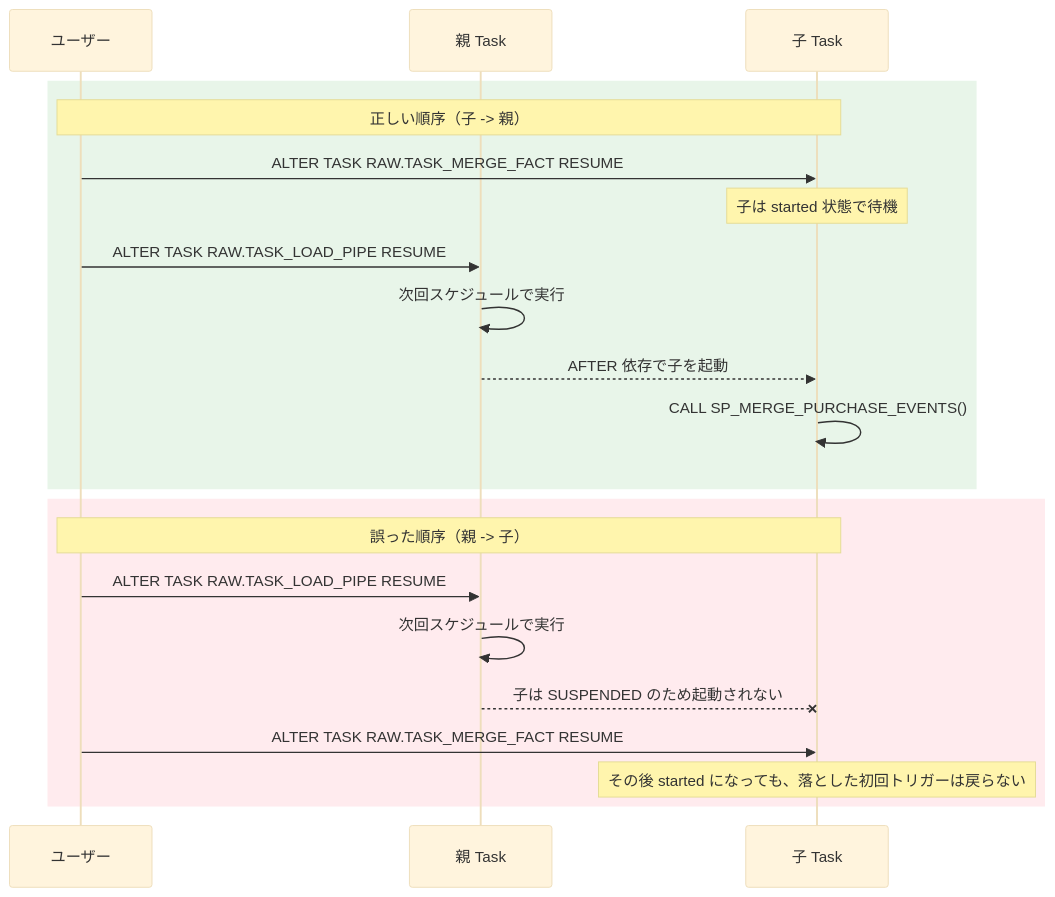
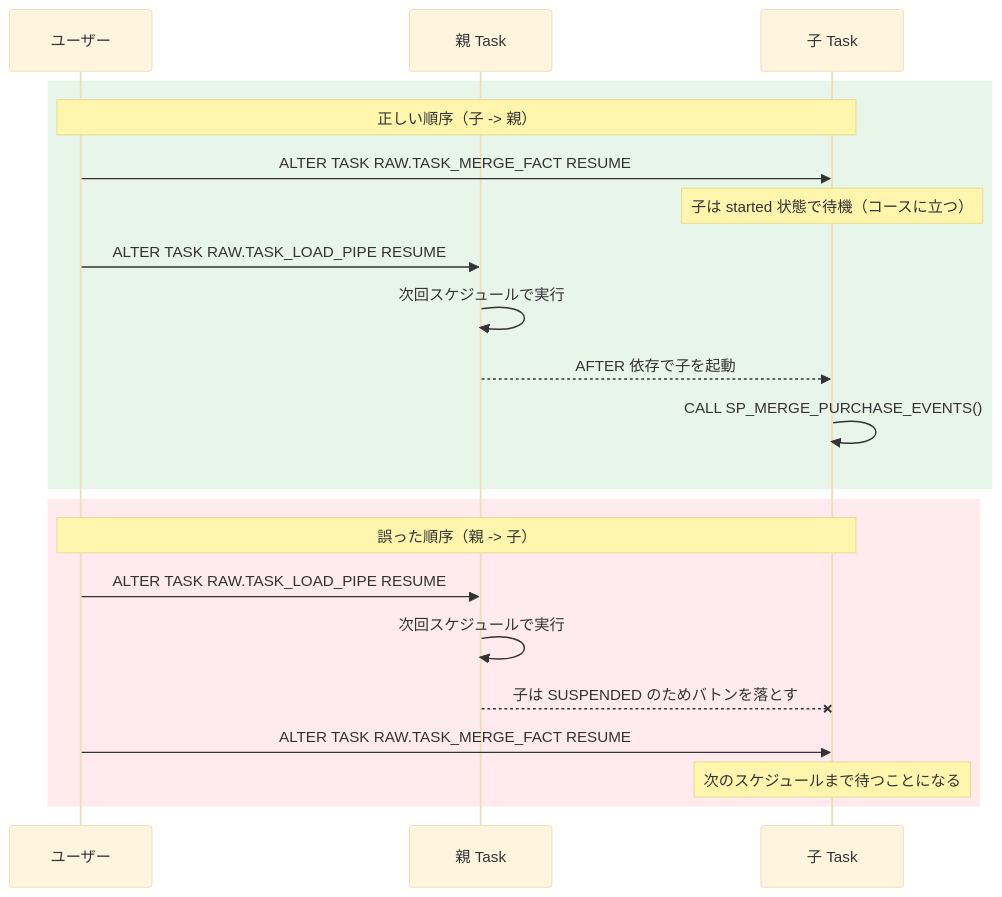
The third of 3 diagrams in sql/05_stored_proc_dynamic_table.md (Katsunori04/snowflake-hands-on), drawn with Mermaid (base theme) before and after one commit. The commit also changed other lines of this file, not shown here.

````diff
--- a/sql/05_stored_proc_dynamic_table.md
+++ b/sql/05_stored_proc_dynamic_table.md
@@ -126,25 +201,25 @@
 ```mermaid
 sequenceDiagram
   participant U as ユーザー
   participant P as 親 Task
   participant C as 子 Task
 
   rect rgb(232, 245, 233)
     Note over U,C: 正しい順序（子 -> 親）
     U->>C: ALTER TASK RAW.TASK_MERGE_FACT RESUME
-    Note over C: 子は started 状態で待機
+    Note over C: 子は started 状態で待機（コースに立つ）
     U->>P: ALTER TASK RAW.TASK_LOAD_PIPE RESUME
     P->>P: 次回スケジュールで実行
     P-->>C: AFTER 依存で子を起動
     C->>C: CALL SP_MERGE_PURCHASE_EVENTS()
   end
 
   rect rgb(255, 235, 238)
     Note over U,C: 誤った順序（親 -> 子）
     U->>P: ALTER TASK RAW.TASK_LOAD_PIPE RESUME
     P->>P: 次回スケジュールで実行
-    P--xC: 子は SUSPENDED のため起動されない
+    P--xC: 子は SUSPENDED のためバトンを落とす
     U->>C: ALTER TASK RAW.TASK_MERGE_FACT RESUME
-    Note over C: その後 started になっても、落とした初回トリガーは戻らない
+    Note over C: 次のスケジュールまで待つことになる
   end
 ```
````
